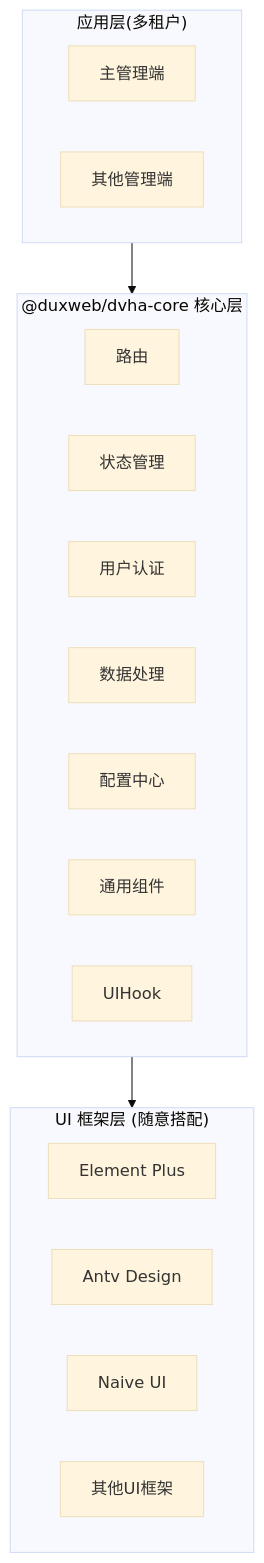
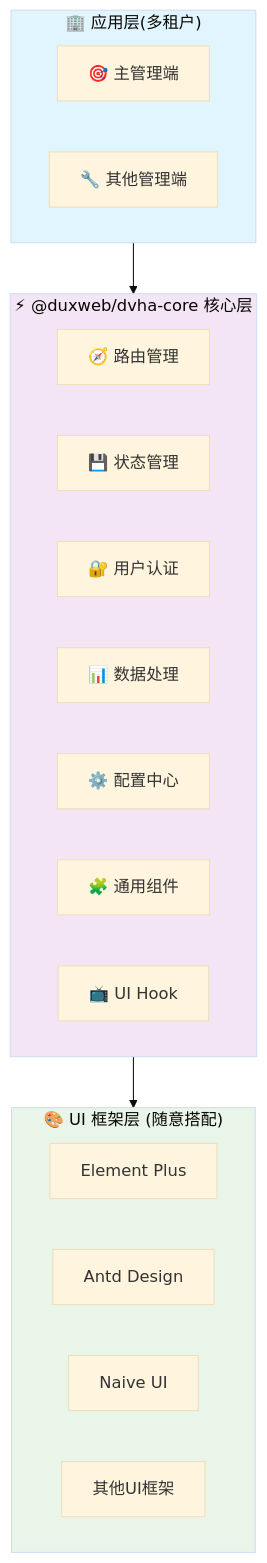
Before and after one commit to duxweb/dvha: the diagram in README.md, drawn with Mermaid (base theme). The commit also changed other lines of this file and 1 other file, not shown here.

````diff
--- a/README.md
+++ b/README.md
@@ -16,27 +98,31 @@
 ```mermaid
 flowchart TD
-    subgraph 应用层["应用层(多租户)"]
-        主管理端
-        其他管理端
+    subgraph 应用层["🏢 应用层(多租户)"]
+        主管理端["🎯 主管理端"]
+        其他管理端["🔧 其他管理端"]
     end
 
-    subgraph 核心层["@duxweb/dvha-core 核心层"]
-        路由
-        状态管理
-        用户认证
-        数据处理
-        配置中心
-        通用组件
-        UIHook
+    subgraph 核心层["⚡ @duxweb/dvha-core 核心层"]
+        路由["🧭 路由管理"]
+        状态管理["💾 状态管理"]
+        用户认证["🔐 用户认证"]
+        数据处理["📊 数据处理"]
+        配置中心["⚙️ 配置中心"]
+        通用组件["🧩 通用组件"]
+        UIHook["📺 UI Hook"]
     end
 
-    subgraph UI框架层["UI 框架层 (随意搭配)"]
+    subgraph UI框架层["🎨 UI 框架层 (随意搭配)"]
         Element["Element Plus"]
-        Ant["Antv Design"]
+        Ant["Antd Design"]
         Naive["Naive UI"]
         其他["其他UI框架"]
     end
 
     应用层 --> 核心层
     核心层 --> UI框架层
+
+    style 应用层 fill:#e1f5fe
+    style 核心层 fill:#f3e5f5
+    style UI框架层 fill:#e8f5e8
 ```
````
